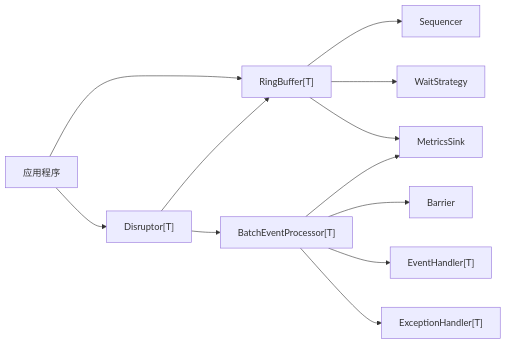
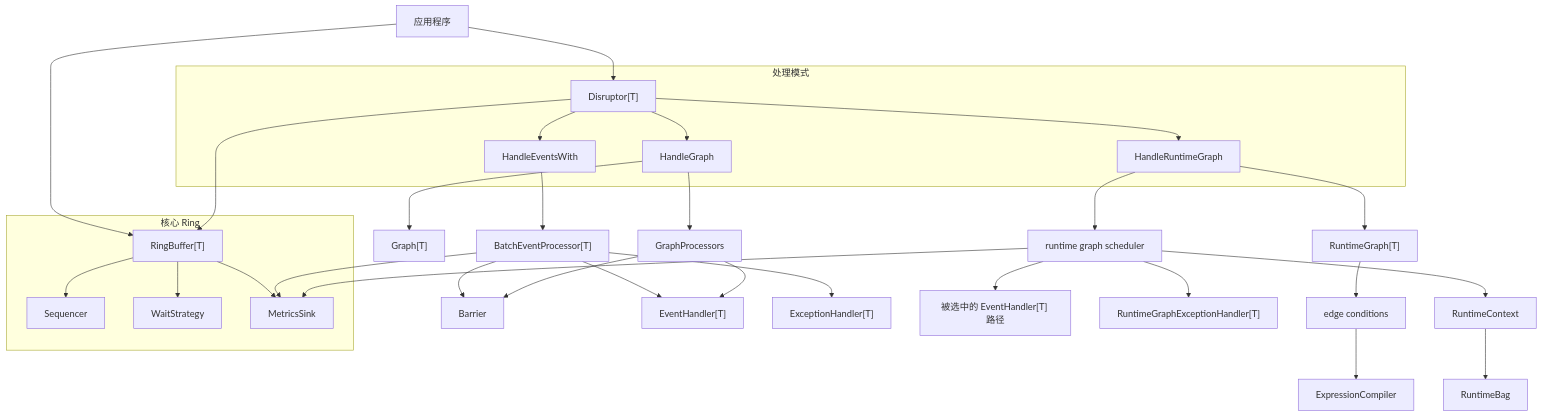
One commit to photowey/disruptor.go changed the first of 5 diagrams in README.zh-CN.md. Above: the diagram before and after it, drawn with Mermaid. The commit also changed other lines of this file and 3 other files, not shown here.

Commit message:
docs: sync runtime graph diagrams

````diff
--- a/README.zh-CN.md
+++ b/README.zh-CN.md
@@ -152,14 +152,38 @@
 ```mermaid
-flowchart LR
+flowchart TB
     App["应用程序"] --> D["Disruptor[T]"]
     App --> RB["RingBuffer[T]"]
     D --> RB
-    RB --> S["Sequencer"]
-    RB --> W["WaitStrategy"]
-    RB --> M["MetricsSink"]
-    D --> P["BatchEventProcessor[T]"]
+
+    subgraph Core["核心 Ring"]
+        RB --> S["Sequencer"]
+        RB --> W["WaitStrategy"]
+        RB --> M["MetricsSink"]
+    end
+
+    subgraph Modes["处理模式"]
+        D --> Fanout["HandleEventsWith"]
+        D --> StaticGraph["HandleGraph"]
+        D --> RuntimeGraphMode["HandleRuntimeGraph"]
+    end
+
+    Fanout --> P["BatchEventProcessor[T]"]
+    StaticGraph --> G["Graph[T]"]
+    StaticGraph --> GP["GraphProcessors"]
+    RuntimeGraphMode --> RG["RuntimeGraph[T]"]
+    RuntimeGraphMode --> RSP["runtime graph scheduler"]
+
     P --> B["Barrier"]
     P --> H["EventHandler[T]"]
     P --> E["ExceptionHandler[T]"]
+    GP --> B
+    GP --> H
+    RG --> EC["edge conditions"]
+    EC --> XC["ExpressionCompiler"]
+    RSP --> RC["RuntimeContext"]
+    RC --> Bag["RuntimeBag"]
+    RSP --> RH["被选中的 EventHandler[T] 路径"]
+    RSP --> RE["RuntimeGraphExceptionHandler[T]"]
     P --> M
+    RSP --> M
 ```
````
